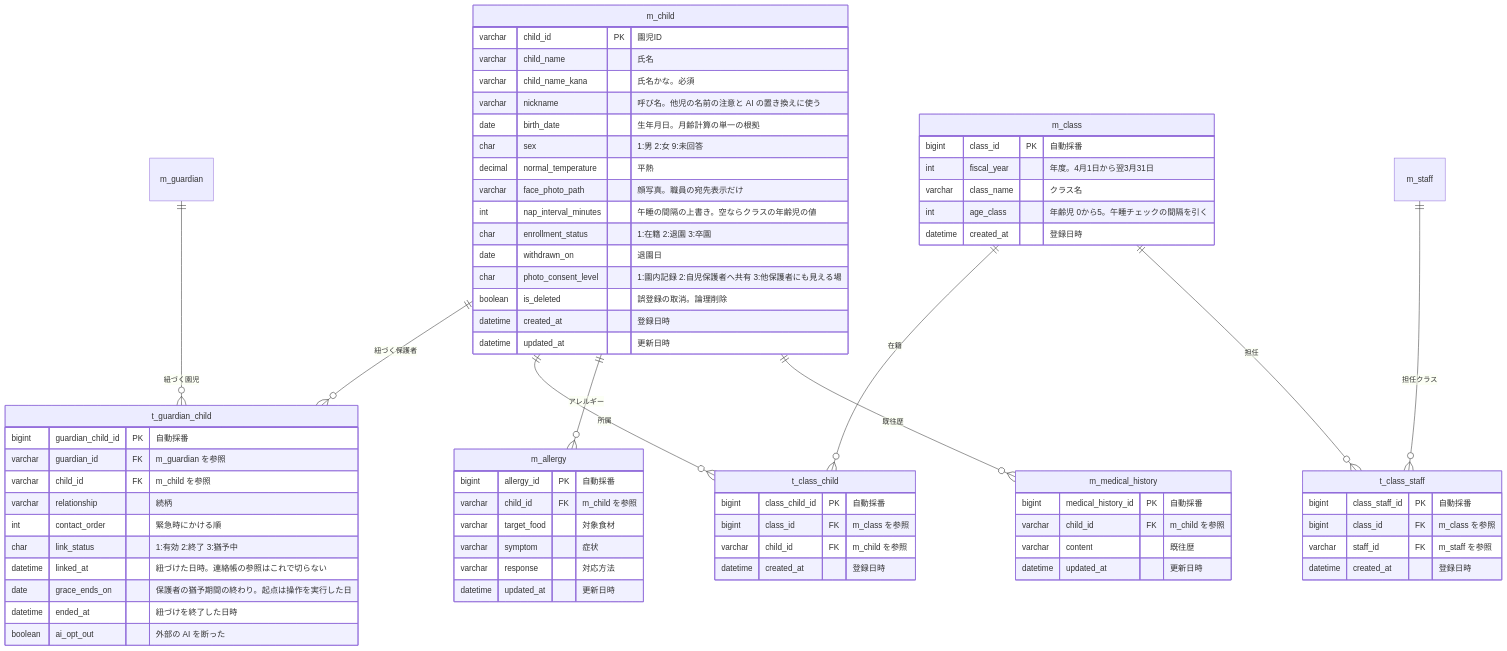
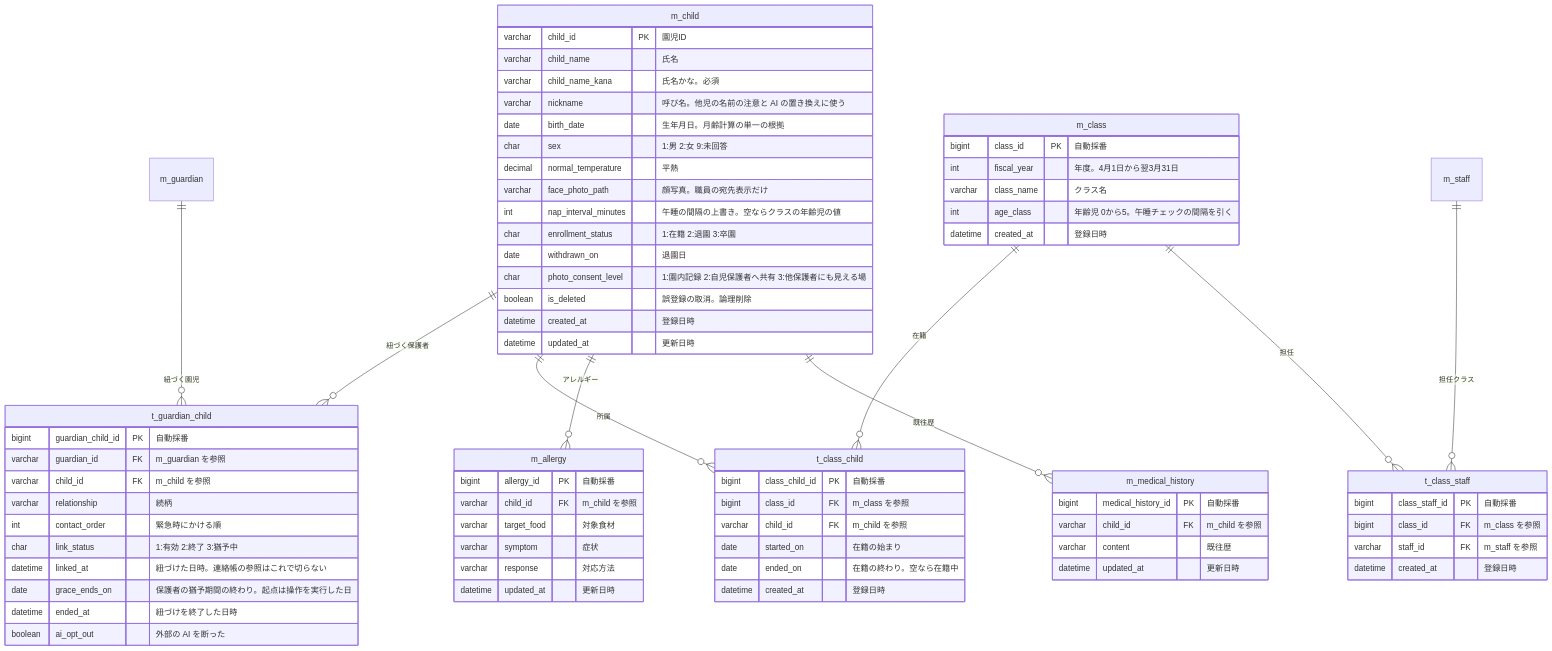
Before and after one commit to issei0423/sukusuku_system: the third of 9 diagrams in 図/ER図.md, drawn with Mermaid. The commit also changed other lines of this file and 3 other files, not shown here.

````diff
--- a/図/ER図.md
+++ b/図/ER図.md
@@ -189,74 +190,76 @@
 ```mermaid
 erDiagram
     m_child ||--o{ t_guardian_child : "紐づく保護者"
     m_guardian ||--o{ t_guardian_child : "紐づく園児"
     m_class ||--o{ t_class_child : "在籍"
     m_child ||--o{ t_class_child : "所属"
     m_class ||--o{ t_class_staff : "担任"
     m_staff ||--o{ t_class_staff : "担任クラス"
     m_child ||--o{ m_allergy : "アレルギー"
     m_child ||--o{ m_medical_history : "既往歴"
 
     m_child {
         varchar child_id PK "園児ID"
         varchar child_name "氏名"
         varchar child_name_kana "氏名かな。必須"
         varchar nickname "呼び名。他児の名前の注意と AI の置き換えに使う"
         date birth_date "生年月日。月齢計算の単一の根拠"
         char sex "1:男 2:女 9:未回答"
         decimal normal_temperature "平熱"
         varchar face_photo_path "顔写真。職員の宛先表示だけ"
         int nap_interval_minutes "午睡の間隔の上書き。空ならクラスの年齢児の値"
         char enrollment_status "1:在籍 2:退園 3:卒園"
         date withdrawn_on "退園日"
         char photo_consent_level "1:園内記録 2:自児保護者へ共有 3:他保護者にも見える場"
         boolean is_deleted "誤登録の取消。論理削除"
         datetime created_at "登録日時"
         datetime updated_at "更新日時"
     }
     m_class {
         bigint class_id PK "自動採番"
         int fiscal_year "年度。4月1日から翌3月31日"
         varchar class_name "クラス名"
         int age_class "年齢児 0から5。午睡チェックの間隔を引く"
         datetime created_at "登録日時"
     }
     t_class_child {
         bigint class_child_id PK "自動採番"
         bigint class_id FK "m_class を参照"
         varchar child_id FK "m_child を参照"
+        date started_on "在籍の始まり"
+        date ended_on "在籍の終わり。空なら在籍中"
         datetime created_at "登録日時"
     }
     t_class_staff {
         bigint class_staff_id PK "自動採番"
         bigint class_id FK "m_class を参照"
         varchar staff_id FK "m_staff を参照"
         datetime created_at "登録日時"
     }
     t_guardian_child {
         bigint guardian_child_id PK "自動採番"
         varchar guardian_id FK "m_guardian を参照"
         varchar child_id FK "m_child を参照"
         varchar relationship "続柄"
         int contact_order "緊急時にかける順"
         char link_status "1:有効 2:終了 3:猶予中"
         datetime linked_at "紐づけた日時。連絡帳の参照はこれで切らない"
         date grace_ends_on "保護者の猶予期間の終わり。起点は操作を実行した日"
         datetime ended_at "紐づけを終了した日時"
         boolean ai_opt_out "外部の AI を断った"
     }
     m_allergy {
         bigint allergy_id PK "自動採番"
         varchar child_id FK "m_child を参照"
         varchar target_food "対象食材"
         varchar symptom "症状"
         varchar response "対応方法"
         datetime updated_at "更新日時"
     }
     m_medical_history {
         bigint medical_history_id PK "自動採番"
         varchar child_id FK "m_child を参照"
         varchar content "既往歴"
         datetime updated_at "更新日時"
     }
 ```
````
